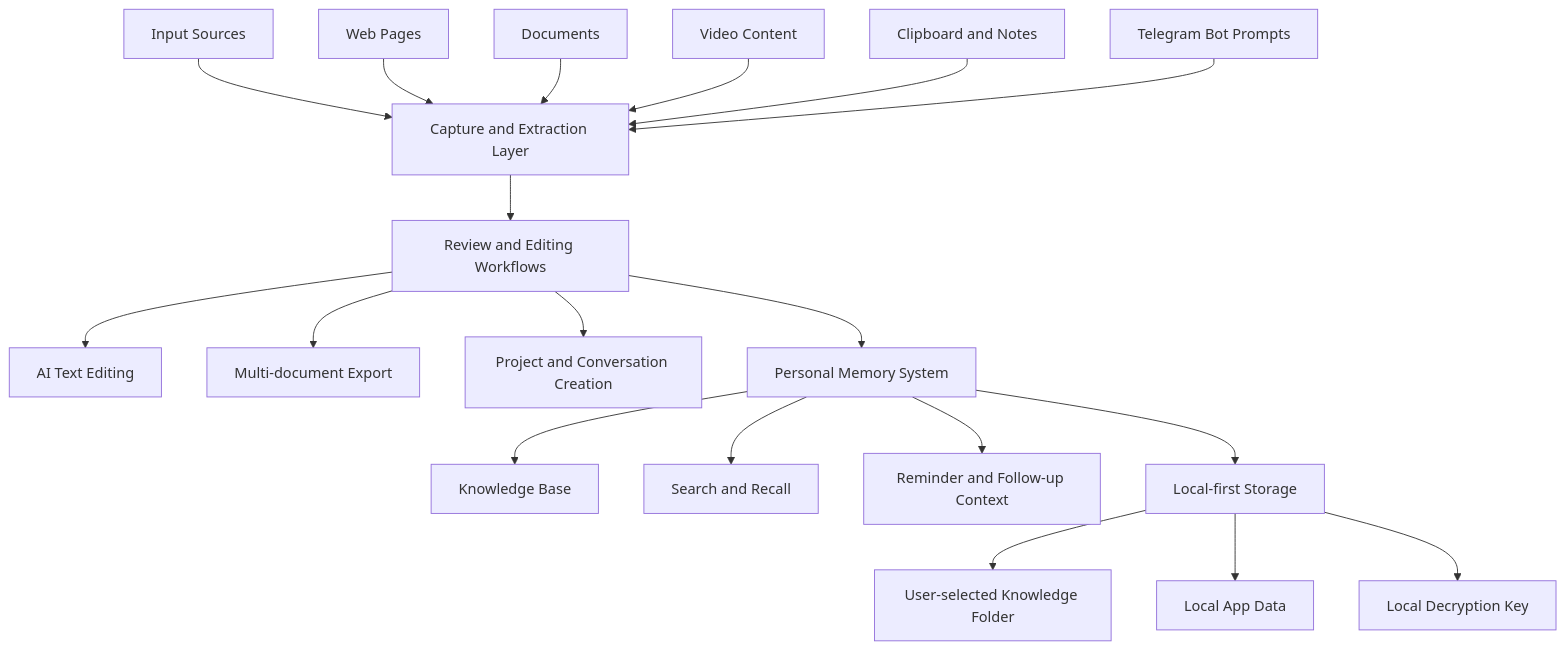
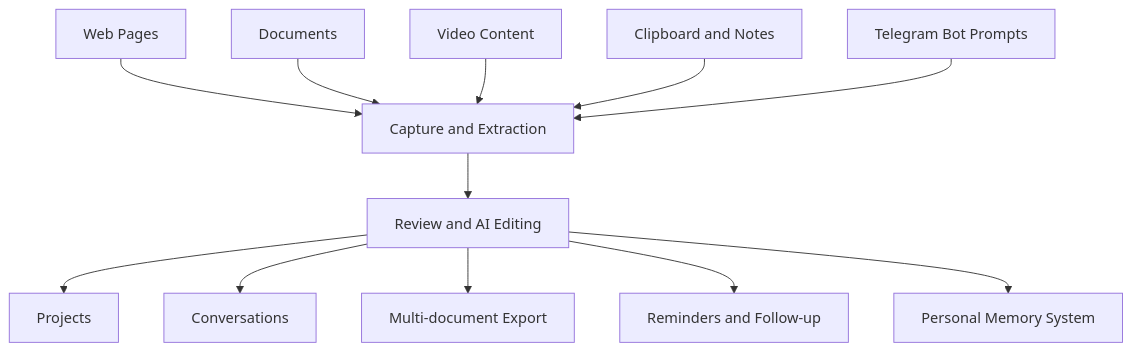
The first of 2 diagrams in README.md (3k1c/insightcap-community), drawn with Mermaid before and after one commit. The commit also changed other lines of this file, not shown here.

Commit message:
docs: split readme architecture diagrams

````diff
--- a/README.md
+++ b/README.md
@@ -31,24 +37,15 @@
 ```mermaid
 flowchart TD
-    A[Input Sources] --> B[Capture and Extraction Layer]
-    A1[Web Pages] --> B
+    A1[Web Pages] --> B[Capture and Extraction]
     A2[Documents] --> B
     A3[Video Content] --> B
     A4[Clipboard and Notes] --> B
     A5[Telegram Bot Prompts] --> B
 
-    B --> C[Review and Editing Workflows]
-    C --> C1[AI Text Editing]
-    C --> C2[Multi-document Export]
-    C --> C3[Project and Conversation Creation]
-
-    C --> D[Personal Memory System]
-    D --> D1[Knowledge Base]
-    D --> D2[Search and Recall]
-    D --> D3[Reminder and Follow-up Context]
-
-    D --> E[Local-first Storage]
-    E --> E1[User-selected Knowledge Folder]
-    E --> E2[Local App Data]
-    E --> E3[Local Decryption Key]
+    B --> C[Review and AI Editing]
+    C --> D1[Projects]
+    C --> D2[Conversations]
+    C --> D3[Multi-document Export]
+    C --> D4[Reminders and Follow-up]
+    C --> E[Personal Memory System]
 ```
````
